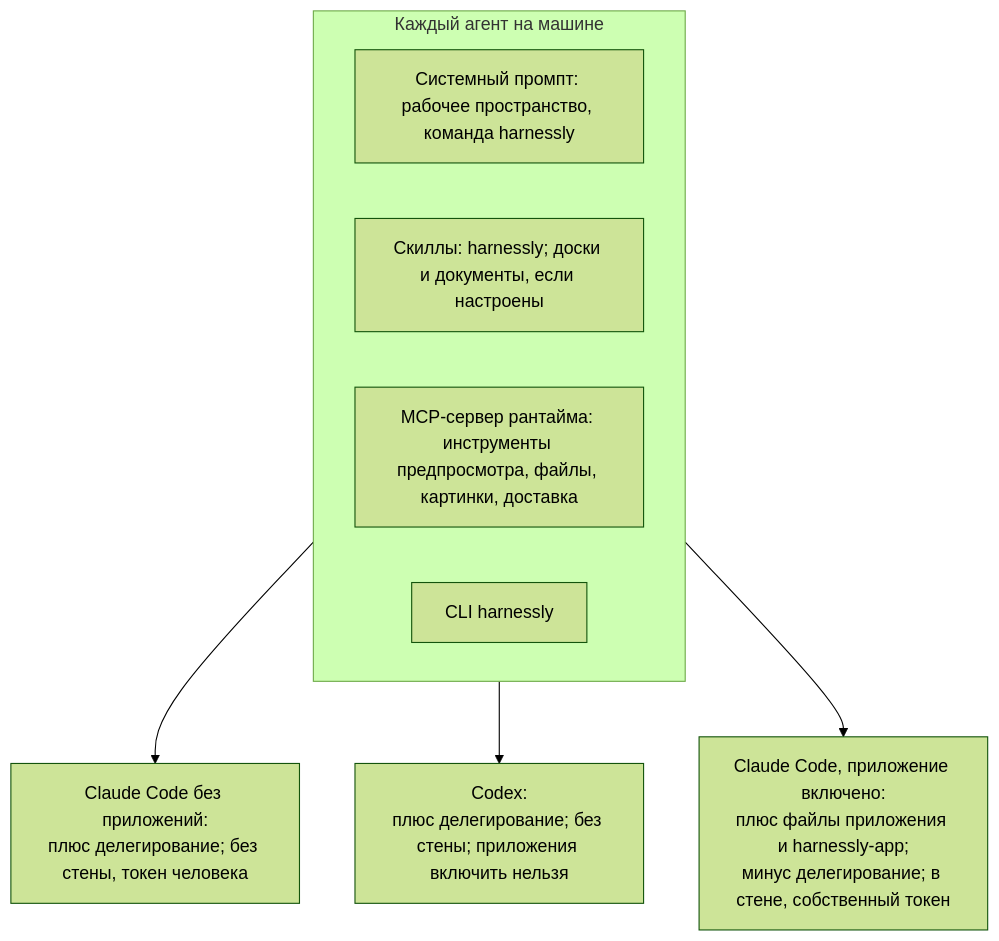
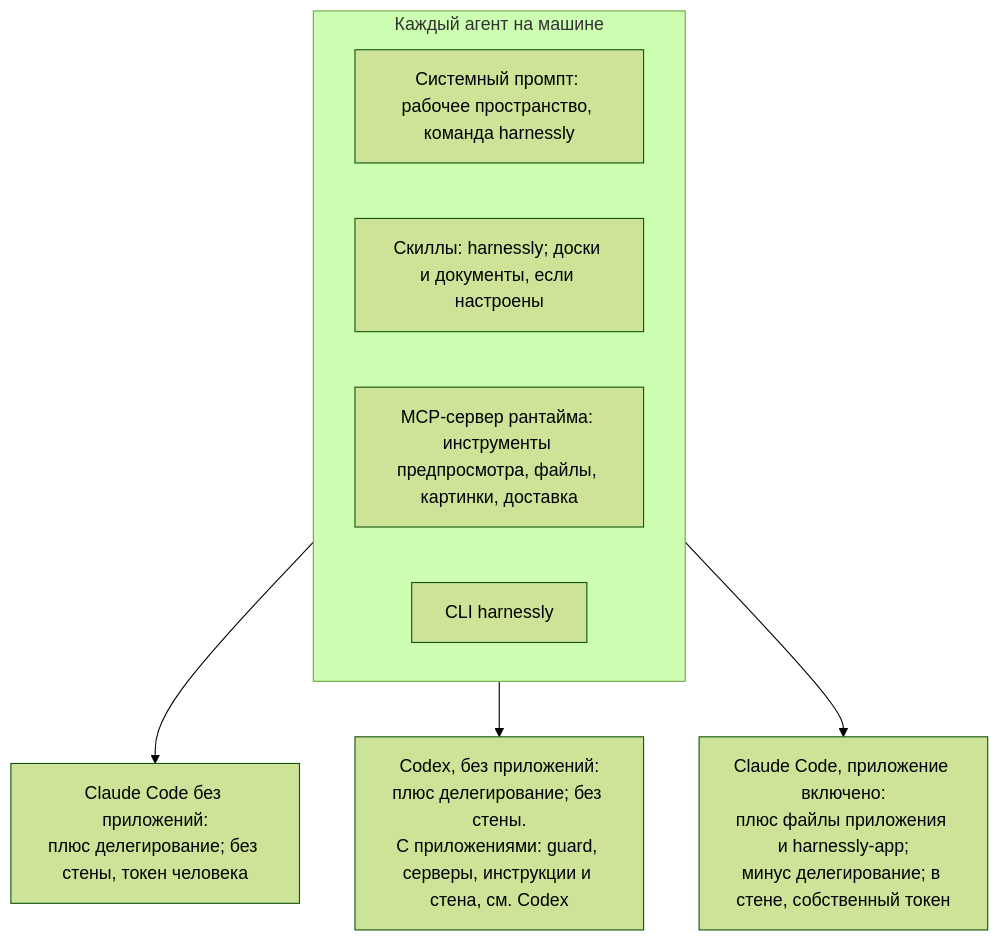
The first of 2 diagrams in docs/ru/build-apps/05-agents.md (arklual/harnessly), drawn with Mermaid (forest theme) before and after one commit. The commit also changed other lines of this file and 691 other files, not shown here.

````diff
--- a/docs/ru/build-apps/05-agents.md
+++ b/docs/ru/build-apps/05-agents.md
@@ -17,12 +17,12 @@
 ```mermaid
 flowchart TB
   subgraph all["Каждый агент на машине"]
     p["Системный промпт: рабочее пространство, команда harnessly"]
     s["Скиллы: harnessly; доски и документы, если настроены"]
     m["MCP-сервер рантайма: инструменты предпросмотра, файлы, картинки, доставка"]
     c["CLI harnessly"]
   end
   all --> a["Claude Code без приложений:<br/>плюс делегирование; без стены, токен человека"]
-  all --> c2["Codex:<br/>плюс делегирование; без стены; приложения включить нельзя"]
+  all --> c2["Codex, без приложений:<br/>плюс делегирование; без стены.<br/>С приложениями: guard, серверы, инструкции и стена, см. Codex"]
   all --> b["Claude Code, приложение включено:<br/>плюс файлы приложения и harnessly-app;<br/>минус делегирование; в стене, собственный токен"]
 ```
````
